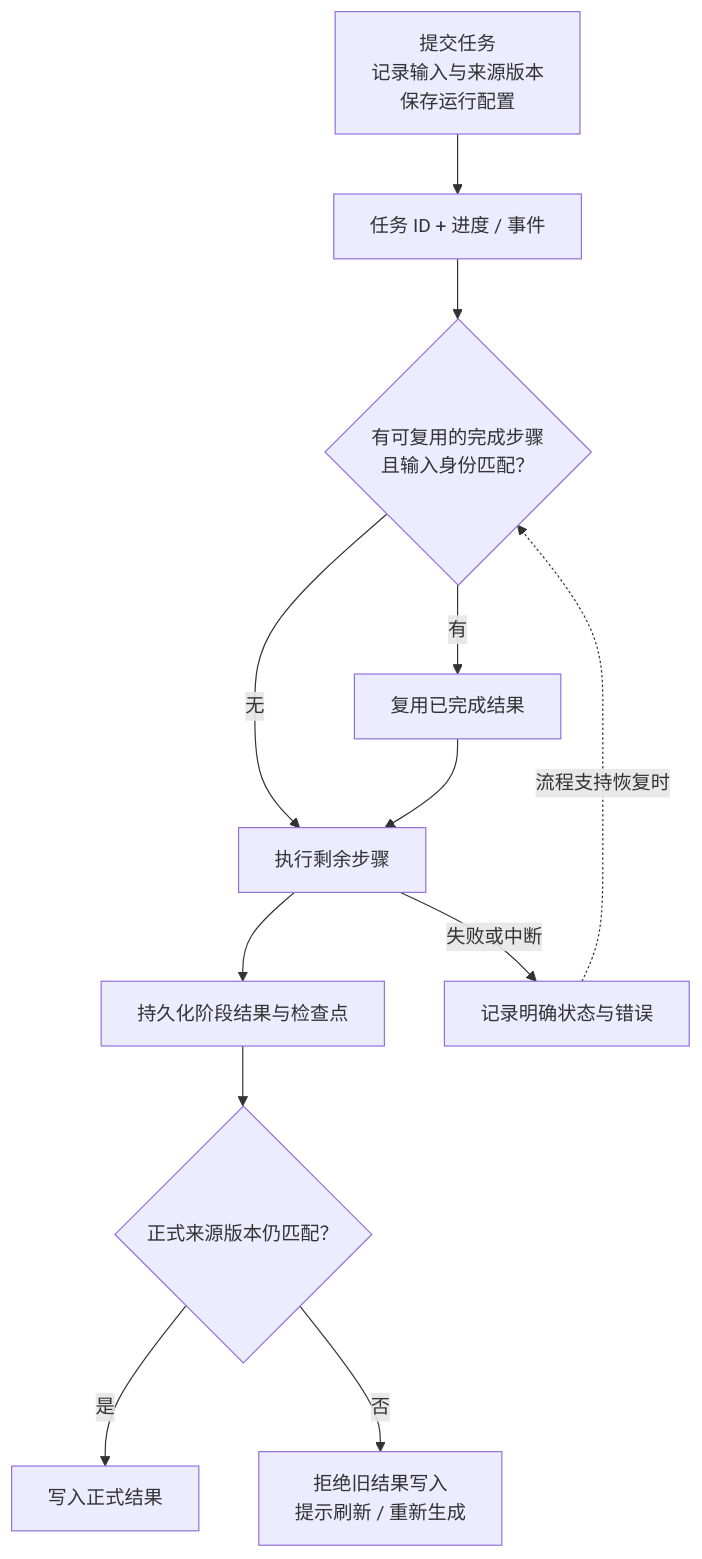
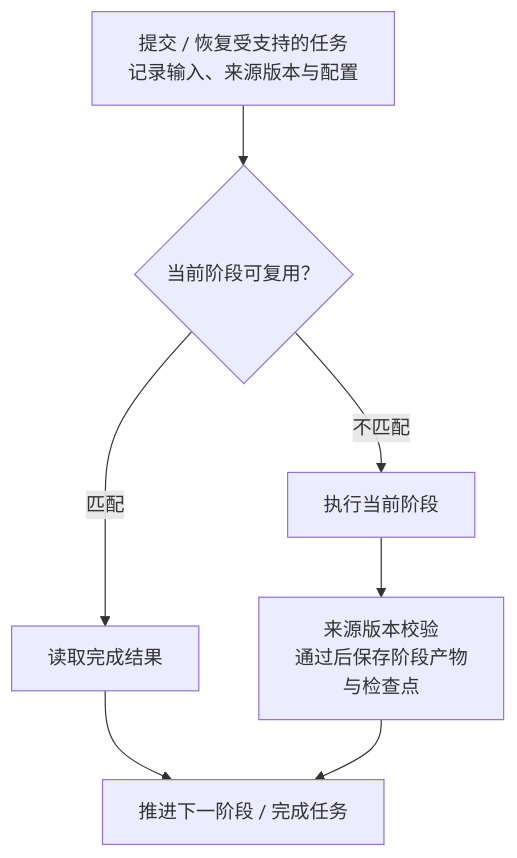
One commit to GTJasonMK/A4N changed diagram 18 of 18 in README.md. Above: the diagram before and after it, drawn with Mermaid. The commit also changed other lines of this file and 2 other files, not shown here.

First line of the commit message:
docs: fix README diagram flows and mobile readability

````diff
--- a/README.md
+++ b/README.md
@@ -287,16 +304,11 @@
 ```mermaid
 flowchart TB
   accTitle: 长任务的检查点恢复和来源版本保护
-  accDescr: 支持恢复的流程按输入身份复用完成步骤，失败保持可见；最终写入前校验正式来源版本，来源变化时拒绝保存旧结果。
-  request["提交任务<br/>记录输入与来源版本<br/>保存运行配置"] --> task["任务 ID + 进度 / 事件"]
-  task --> checkpoint{"有可复用的完成步骤<br/>且输入身份匹配？"}
-  checkpoint -->|有| reuse["复用已完成结果"]
-  checkpoint -->|无| run["执行剩余步骤"]
-  reuse --> run
-  run --> saved["持久化阶段结果与检查点"]
-  saved --> version{"正式来源版本仍匹配？"}
-  version -->|是| commit["写入正式结果"]
-  version -->|否| conflict["拒绝旧结果写入<br/>提示刷新 / 重新生成"]
-  run -->|失败或中断| stopped["记录明确状态与错误"]
-  stopped -.->|流程支持恢复时| checkpoint
+  accDescr: 对支持恢复的工作流逐阶段检查输入身份；匹配的完成结果可复用，否则执行当前阶段。成功后经过该阶段写入校验，保存阶段结果并推进或完成；失败及取消保留明确状态。不是先完成所有阶段才统一写入。
+  request["提交 / 恢复受支持的任务<br/>记录输入、来源版本与配置"] --> checkpoint{"当前阶段可复用？"}
+  checkpoint -->|匹配| reuse["读取完成结果"]
+  checkpoint -->|不匹配| run["执行当前阶段"]
+  run --> write["来源版本校验<br/>通过后保存阶段产物<br/>与检查点"]
+  reuse --> next["推进下一阶段 / 完成任务"]
+  write --> next
 ```
````
